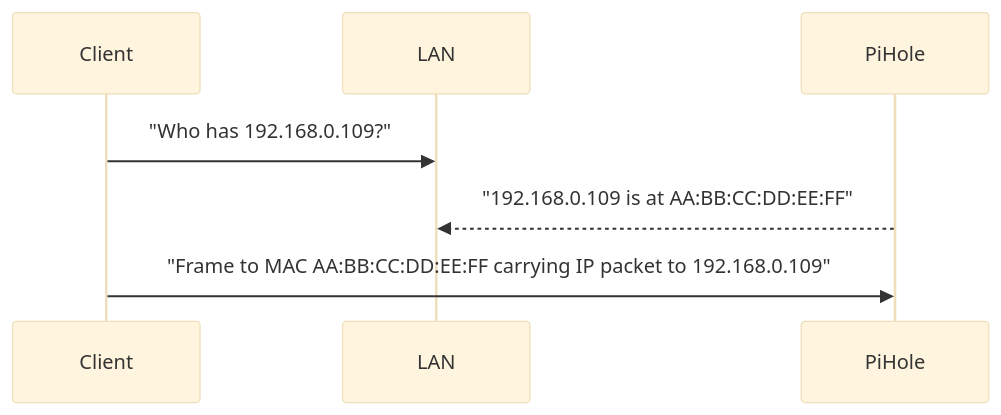
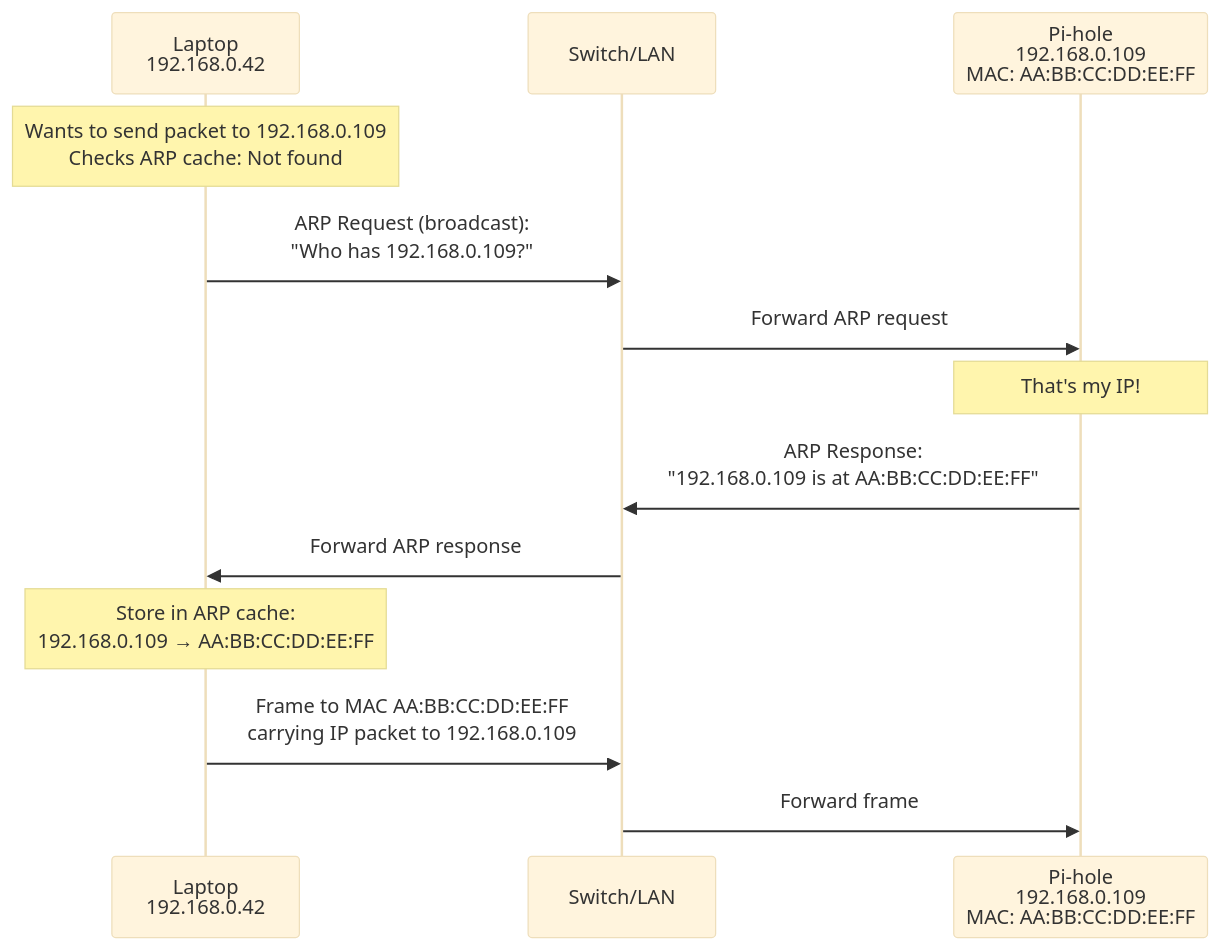
One commit to cjmaaz/ArchStarterPack changed the second of 2 diagrams in networking/docs/layer2-mac-arp.md. Above: the diagram before and after it, drawn with Mermaid (base theme). The commit also changed other lines of this file and 74 other files, not shown here.

````diff
--- a/networking/docs/layer2-mac-arp.md
+++ b/networking/docs/layer2-mac-arp.md
@@ -82,10 +290,20 @@
 ```mermaid
 sequenceDiagram
-    participant Client as Client
-    participant LAN as LAN
-    participant Pi as PiHole
+    participant Laptop as Laptop<br/>192.168.0.42
+    participant Switch as Switch/LAN
+    participant PiHole as Pi-hole<br/>192.168.0.109<br/>MAC: AA:BB:CC:DD:EE:FF
 
-    Client->>LAN: "Who has 192.168.0.109?"
-    Pi-->>LAN: "192.168.0.109 is at AA:BB:CC:DD:EE:FF"
-    Client->>Pi: "Frame to MAC AA:BB:CC:DD:EE:FF carrying IP packet to 192.168.0.109"
+    Note over Laptop: Wants to send packet to 192.168.0.109<br/>Checks ARP cache: Not found
+
+    Laptop->>Switch: ARP Request (broadcast):<br/>"Who has 192.168.0.109?"
+    Switch->>PiHole: Forward ARP request
+
+    Note over PiHole: That's my IP!
+    PiHole->>Switch: ARP Response:<br/>"192.168.0.109 is at AA:BB:CC:DD:EE:FF"
+    Switch->>Laptop: Forward ARP response
+
+    Note over Laptop: Store in ARP cache:<br/>192.168.0.109 → AA:BB:CC:DD:EE:FF
+
+    Laptop->>Switch: Frame to MAC AA:BB:CC:DD:EE:FF<br/>carrying IP packet to 192.168.0.109
+    Switch->>PiHole: Forward frame
 ```
````
